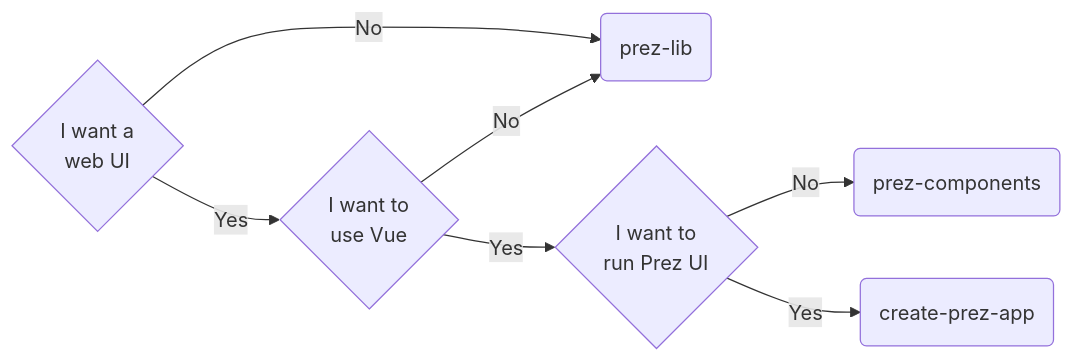
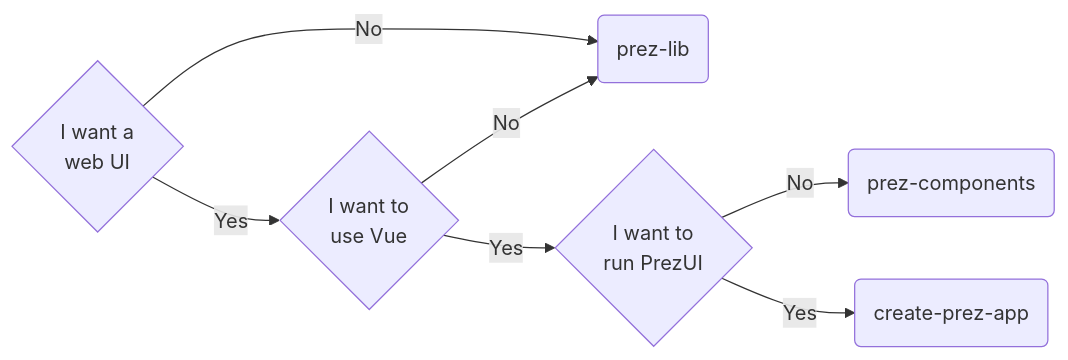
One commit to Kurrawong/prez.dev changed the diagram in content/prezui/01.index.md. Above: the diagram before and after it, drawn with Mermaid. The commit also changed other lines of this file and 45 other files, not shown here.

````diff
--- a/content/prezui/01.index.md
+++ b/content/prezui/01.index.md
@@ -39,9 +39,9 @@
 ```mermaid
 flowchart LR
     A{I want a<br> web UI} -->|No| B(prez-lib)
     A --> |Yes| C{I want to<br> use Vue}
     C -->|No| B
-    C -->|Yes| D{I want to<br> run Prez UI}
+    C -->|Yes| D{I want to<br> run PrezUI}
     D -->|No| E(prez-components)
     D -->|Yes| F(create-prez-app)
 ```
````
